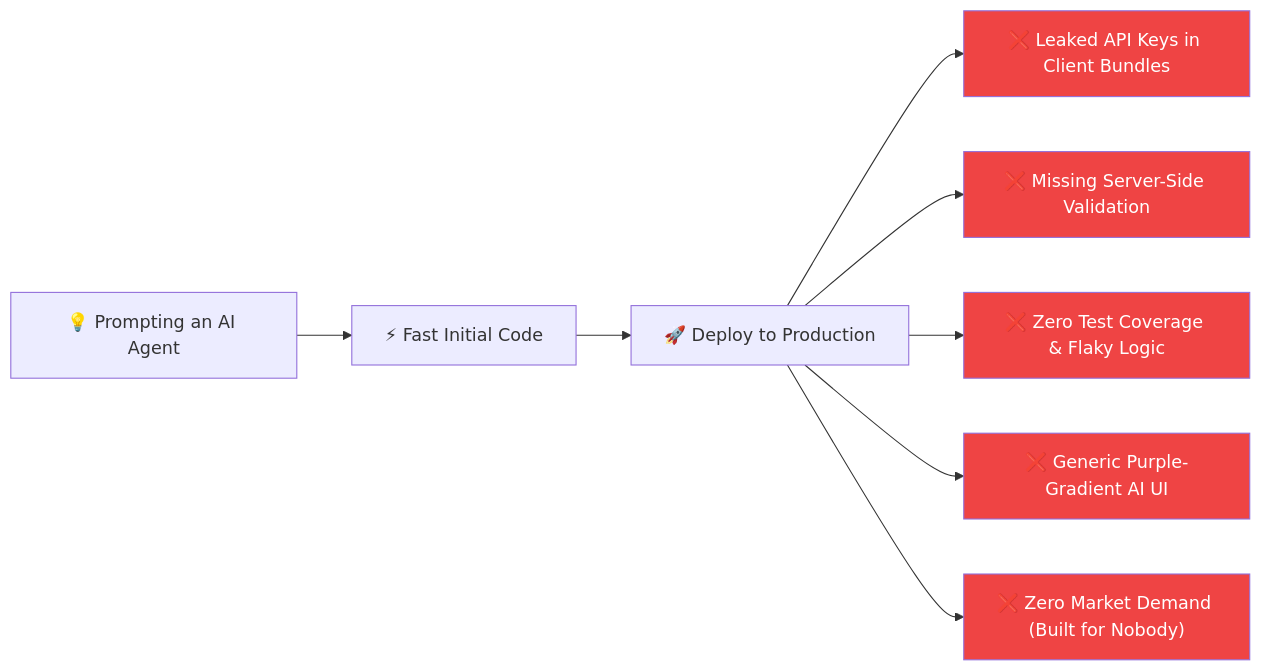
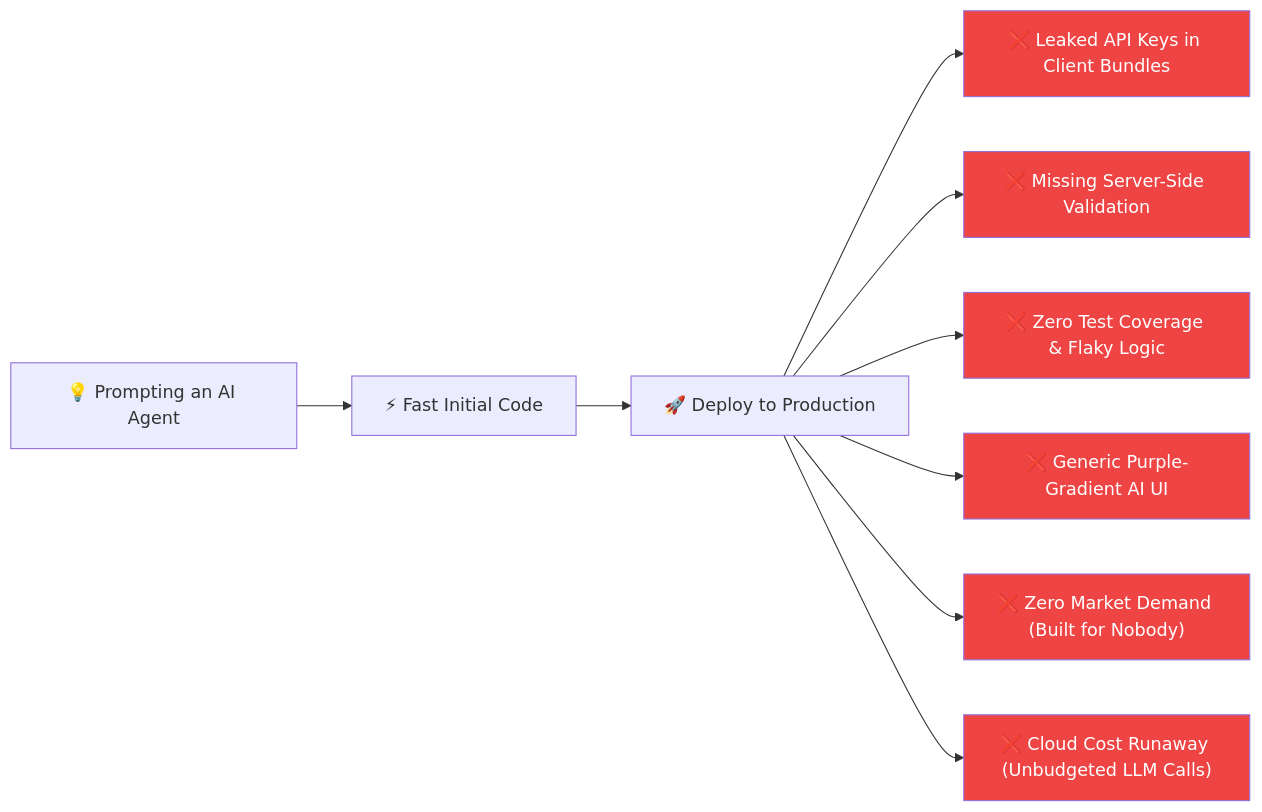
One commit to raviattrash-pro/vibe-to-prod changed the first of 2 diagrams in README.md. Above: the diagram before and after it, drawn with Mermaid. The commit also changed other lines of this file and 2 other files, not shown here.

Commit message:
docs: expand README, ARCHITECTURE, and API docs with 10 Priorities and 100 passing tests

````diff
--- a/README.md
+++ b/README.md
@@ -38,16 +44,18 @@
 ```mermaid
 flowchart LR
     A["💡 Prompting an AI Agent"] --> B["⚡ Fast Initial Code"]
     B --> C["🚀 Deploy to Production"]
     C --> D["❌ Leaked API Keys in Client Bundles"]
     C --> E["❌ Missing Server-Side Validation"]
     C --> F["❌ Zero Test Coverage & Flaky Logic"]
     C --> G["❌ Generic Purple-Gradient AI UI"]
     C --> H["❌ Zero Market Demand (Built for Nobody)"]
+    C --> I["❌ Cloud Cost Runaway (Unbudgeted LLM Calls)"]
     
     style D fill:#ef4444,color:#fff
     style E fill:#ef4444,color:#fff
     style F fill:#ef4444,color:#fff
     style G fill:#ef4444,color:#fff
     style H fill:#ef4444,color:#fff
+    style I fill:#ef4444,color:#fff
 ```
````
